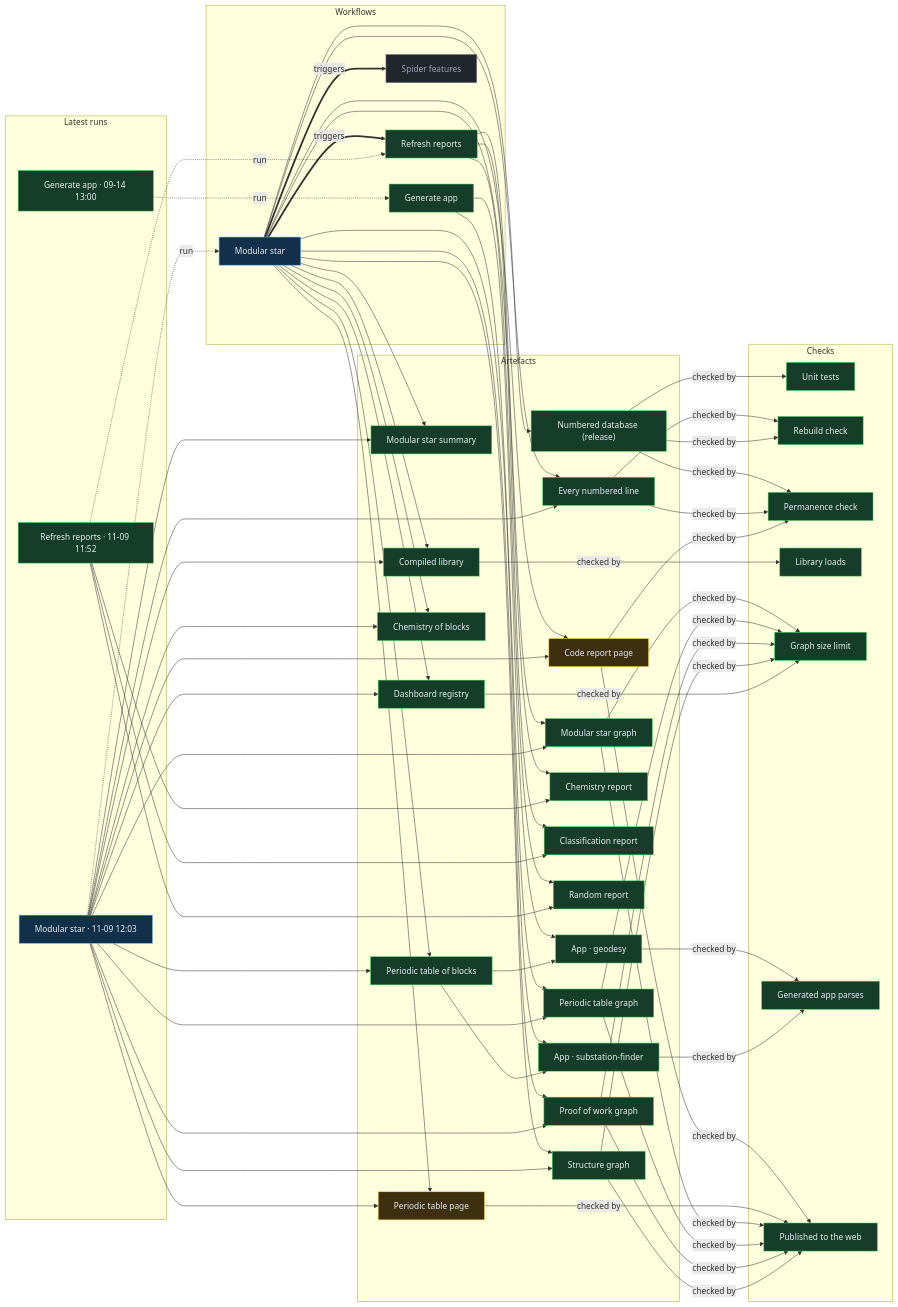
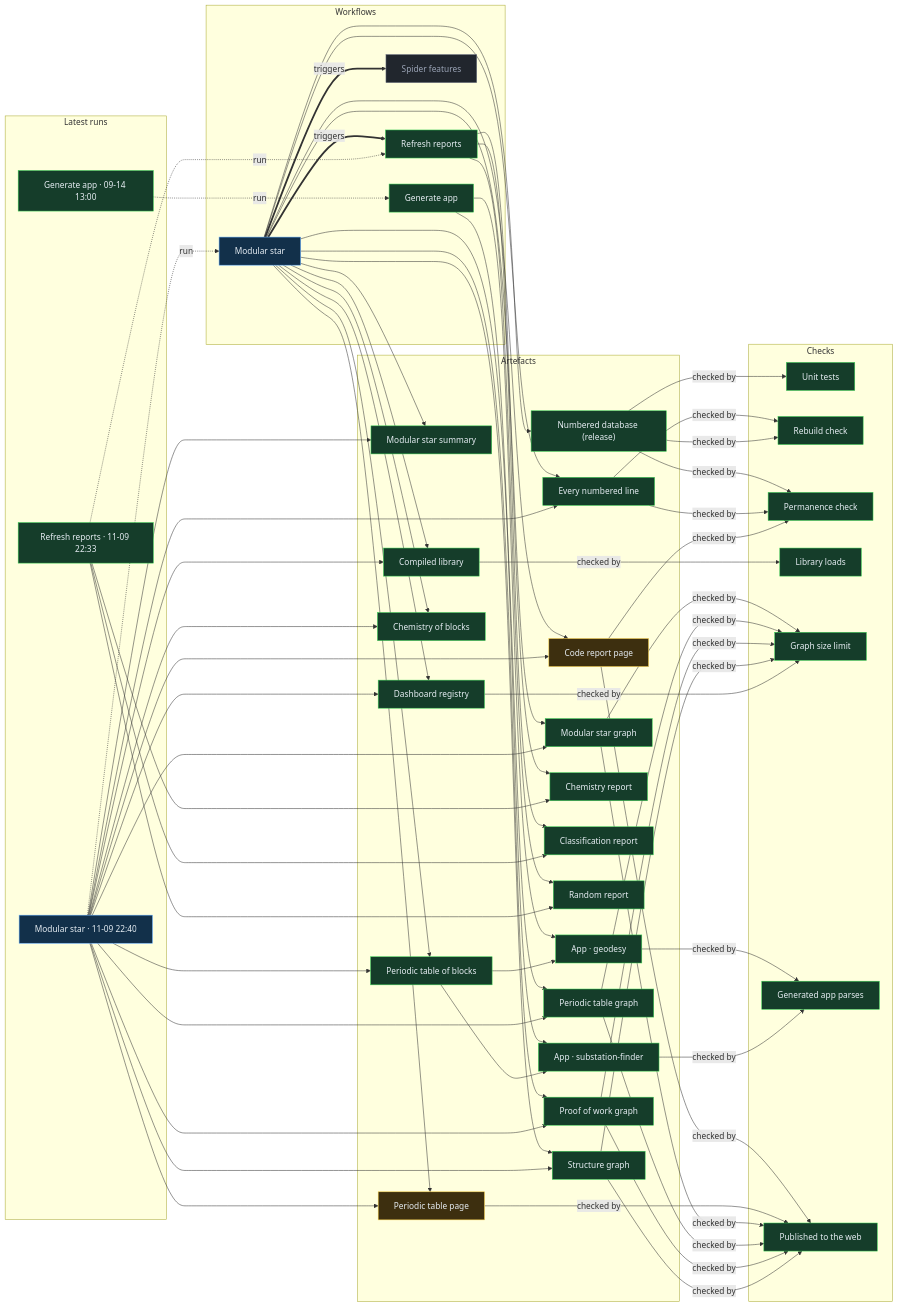
Before and after one commit to Ventusltd/stars: the diagram in proof/PROOF.md, drawn with Mermaid. The commit also changed other lines of this file and 51 other files, not shown here.

Commit message:
Modular star 2026-11-09T22:42Z

```diff
--- a/proof/PROOF.md
+++ b/proof/PROOF.md
@@ -24,8 +24,8 @@
   n_wf_spider_features["Spider features"]:::off
   end
   subgraph g_runs["Latest runs"]
-  n_run_42613881947["Modular star · 11-09 12:03"]:::live
-  n_run_42612433851["Refresh reports · 11-09 11:52"]:::ok
+  n_run_42713919454["Modular star · 11-09 22:40"]:::live
+  n_run_42712931536["Refresh reports · 11-09 22:33"]:::ok
   n_run_34846587798["Generate app · 09-14 13:00"]:::ok
   end
   subgraph g_artefacts["Artefacts"]
@@ -59,39 +59,39 @@
   end
   n_wf_modular_star == triggers ==> n_wf_refresh
   n_wf_modular_star == triggers ==> n_wf_spider_features
-  n_run_42613881947 -. run .-> n_wf_modular_star
-  n_run_42612433851 -. run .-> n_wf_refresh
+  n_run_42713919454 -. run .-> n_wf_modular_star
+  n_run_42712931536 -. run .-> n_wf_refresh
   n_run_34846587798 -. run .-> n_wf_generate
   n_wf_modular_star --> n_art_summary
-  n_run_42613881947 --> n_art_summary
+  n_run_42713919454 --> n_art_summary
   n_wf_modular_star --> n_art_lines
-  n_run_42613881947 --> n_art_lines
+  n_run_42713919454 --> n_art_lines
   n_wf_modular_star --> n_art_code
-  n_run_42613881947 --> n_art_code
+  n_run_42713919454 --> n_art_code
   n_wf_modular_star --> n_art_modular_graph
-  n_run_42613881947 --> n_art_modular_graph
+  n_run_42713919454 --> n_art_modular_graph
   n_wf_modular_star --> n_art_blocks
-  n_run_42613881947 --> n_art_blocks
+  n_run_42713919454 --> n_art_blocks
   n_wf_modular_star --> n_art_table
-  n_run_42613881947 --> n_art_table
+  n_run_42713919454 --> n_art_table
   n_wf_modular_star --> n_art_blocks_graph
-  n_run_42613881947 --> n_art_blocks_graph
+  n_run_42713919454 --> n_art_blocks_graph
   n_wf_modular_star --> n_art_reactions
-  n_run_42613881947 --> n_art_reactions
+  n_run_42713919454 --> n_art_reactions
   n_wf_modular_star --> n_art_library
-  n_run_42613881947 --> n_art_library
+  n_run_42713919454 --> n_art_library
   n_wf_modular_star --> n_art_features
-  n_run_42613881947 --> n_art_features
+  n_run_42713919454 --> n_art_features
   n_wf_modular_star --> n_art_proof
-  n_run_42613881947 --> n_art_proof
+  n_run_42713919454 --> n_art_proof
   n_wf_modular_star --> n_art_structure
-  n_run_42613881947 --> n_art_structure
+  n_run_42713919454 --> n_art_structure
   n_wf_refresh --> n_art_chemistry
-  n_run_42612433851 --> n_art_chemistry
+  n_run_42712931536 --> n_art_chemistry
   n_wf_refresh --> n_art_vedic
-  n_run_42612433851 --> n_art_vedic
+  n_run_42712931536 --> n_art_vedic
   n_wf_refresh --> n_art_random
-  n_run_42612433851 --> n_art_random
+  n_run_42712931536 --> n_art_random
   n_wf_modular_star --> n_art_release
   n_wf_generate --> n_app_geodesy
   n_art_blocks --> n_app_geodesy
```
